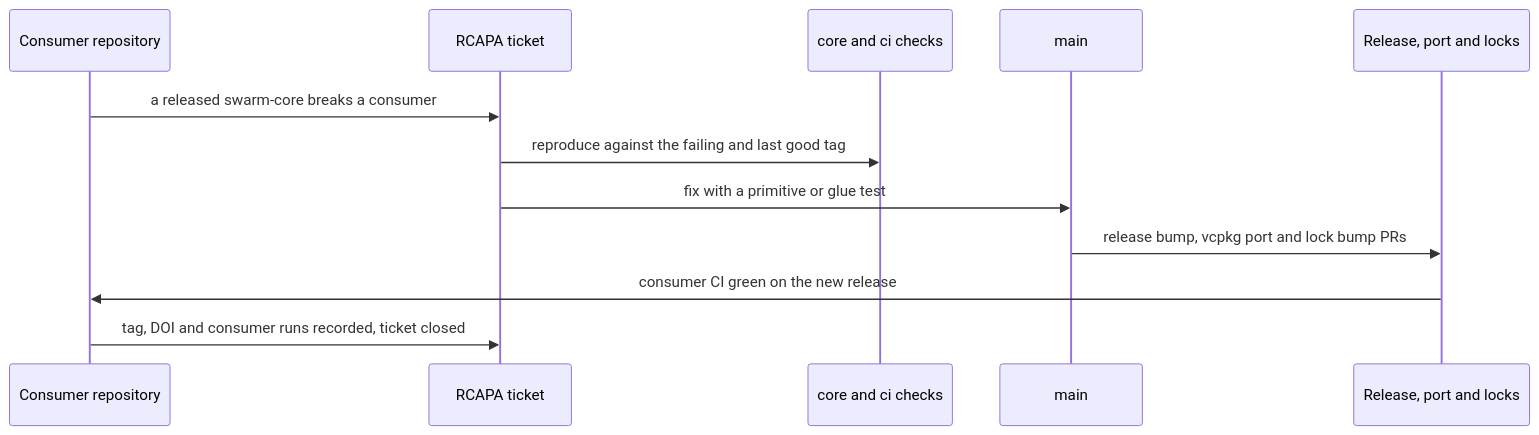
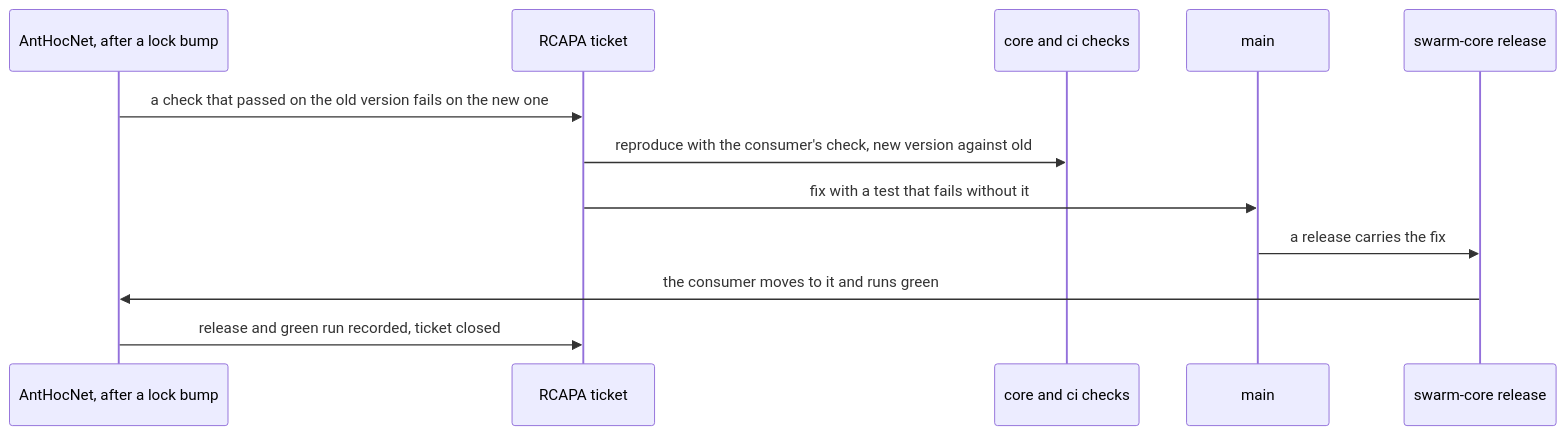
Before and after one commit to swarm-routing/ns3-swarm-core: the diagram in docs/rcapa/README.md, drawn with Mermaid. The commit also changed other lines of this file, not shown here.

````diff
--- a/docs/rcapa/README.md
+++ b/docs/rcapa/README.md
@@ -37,14 +40,14 @@
 ```mermaid
 sequenceDiagram
-    participant C as Consumer repository
+    participant C as AntHocNet, after a lock bump
     participant T as RCAPA ticket
     participant G as core and ci checks
     participant M as main
-    participant R as Release, port and locks
-    C->>T: a released swarm-core breaks a consumer
-    T->>G: reproduce against the failing and last good tag
-    T->>M: fix with a primitive or glue test
-    M->>R: release bump, vcpkg port and lock bump PRs
-    R->>C: consumer CI green on the new release
-    C->>T: tag, DOI and consumer runs recorded, ticket closed
+    participant R as swarm-core release
+    C->>T: a check that passed on the old version fails on the new one
+    T->>G: reproduce with the consumer's check, new version against old
+    T->>M: fix with a test that fails without it
+    M->>R: a release carries the fix
+    R->>C: the consumer moves to it and runs green
+    C->>T: release and green run recorded, ticket closed
 ```
````
